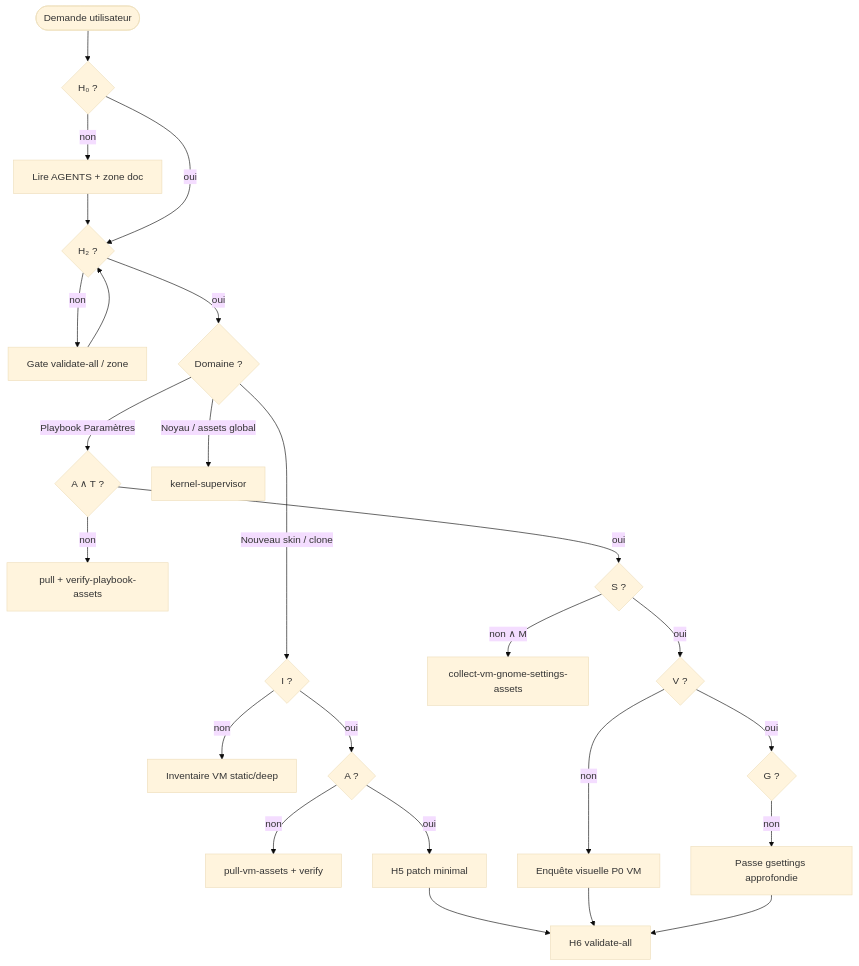
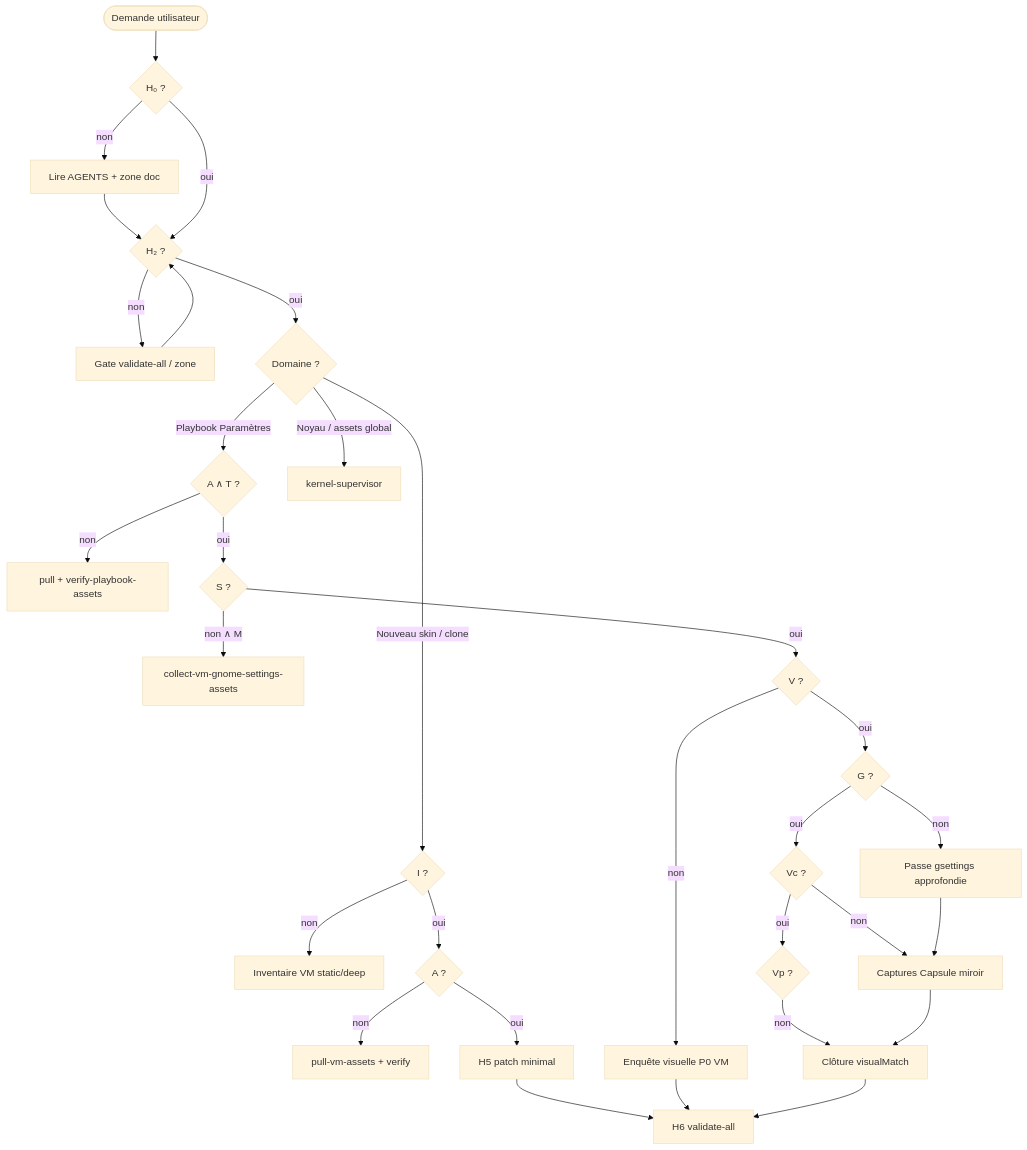
One commit to k0uzia/capsuleos changed the diagram in root/docs/logique-formelle.md. Above: the diagram before and after it, drawn with Mermaid (base theme). The commit also changed other lines of this file and 213 other files, not shown here.

````diff
--- a/root/docs/logique-formelle.md
+++ b/root/docs/logique-formelle.md
@@ -117,28 +199,34 @@
 ```mermaid
 flowchart TD
   start([Demande utilisateur])
   start --> h0{H₀ ?}
   h0 -->|non| read[Lire AGENTS + zone doc]
   read --> h2
   h0 -->|oui| h2{H₂ ?}
   h2 -->|non| fixG[Gate validate-all / zone]
   fixG --> h2
   h2 -->|oui| kind{Domaine ?}
   kind -->|Nouveau skin / clone| inv{I ?}
   inv -->|non| collectI[Inventaire VM static/deep]
   inv -->|oui| assets{A ?}
   assets -->|non| pull[pull-vm-assets + verify]
   assets -->|oui| impl[H5 patch minimal]
   kind -->|Playbook Paramètres| aGate{A ∧ T ?}
   aGate -->|non| pull2[pull + verify-playbook-assets]
   aGate -->|oui| sGate{S ?}
   sGate -->|non ∧ M| collectS[collect-vm-gnome-settings-assets]
   sGate -->|oui| vGate{V ?}
   vGate -->|non| vis[Enquête visuelle P0 VM]
   vGate -->|oui| gGate{G ?}
   gGate -->|non| gpass[Passe gsettings approfondie]
+  gGate -->|oui| vcGate{Vc ?}
+  vcGate -->|non| cap[Captures Capsule miroir]
+  vcGate -->|oui| vpGate{Vp ?}
+  vpGate -->|non| vclose[Clôture visualMatch]
   kind -->|Noyau / assets global| ks[kernel-supervisor]
   impl --> h6[H6 validate-all]
   vis --> h6
-  gpass --> h6
+  gpass --> cap
+  cap --> vclose
+  vclose --> h6
 ```
````
